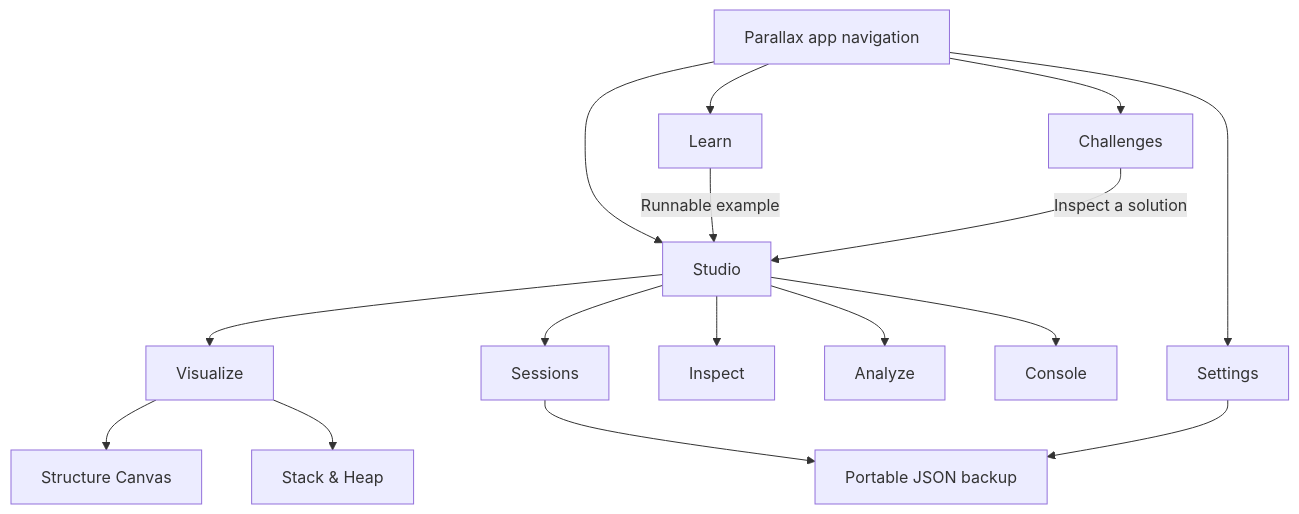
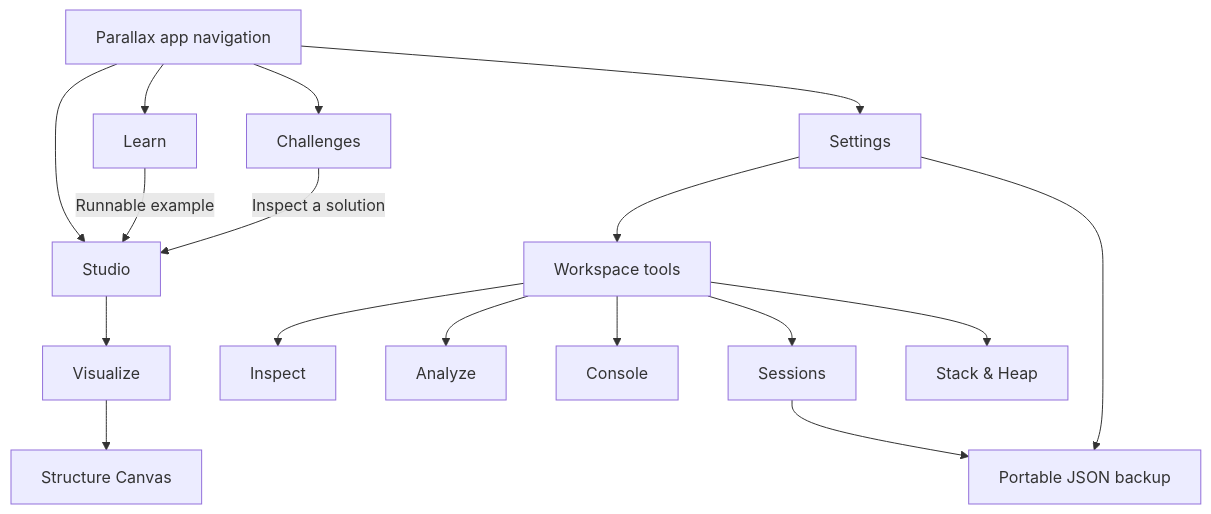
One commit to jothivasan/Parallax changed the diagram in docs/product/FEATURES.md. Above: the diagram before and after it, drawn with Mermaid. The commit also changed other lines of this file and 29 other files, not shown here.

First line of the commit message:
Simplify Studio and visualize DSA execution automatically (#3)

````diff
--- a/docs/product/FEATURES.md
+++ b/docs/product/FEATURES.md
@@ -5,19 +5,20 @@
 ```mermaid
 flowchart TD
     App["Parallax app navigation"]
     App --> Studio
     App --> Learn
     App --> Challenges
     App --> Settings
     Learn -->|Runnable example| Studio
     Challenges -->|Inspect a solution| Studio
     Studio --> Visualize
-    Studio --> Inspect
-    Studio --> Analyze
-    Studio --> Console
-    Studio --> Sessions
+    Settings --> Tools["Workspace tools"]
+    Tools --> Inspect
+    Tools --> Analyze
+    Tools --> Console
+    Tools --> Sessions
     Visualize --> Canvas["Structure Canvas"]
-    Visualize --> Memory["Stack & Heap"]
+    Tools --> Memory["Stack & Heap"]
     Sessions --> Backup["Portable JSON backup"]
     Settings --> Backup
 ```
````
